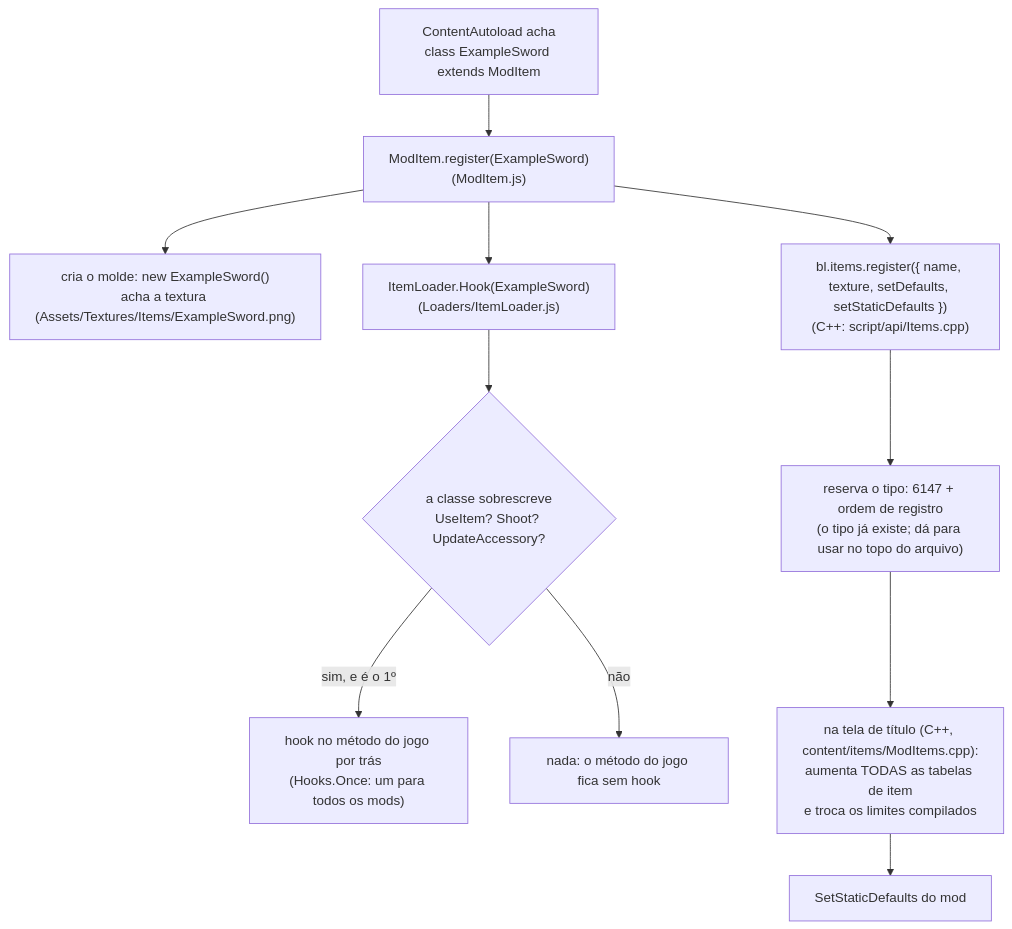
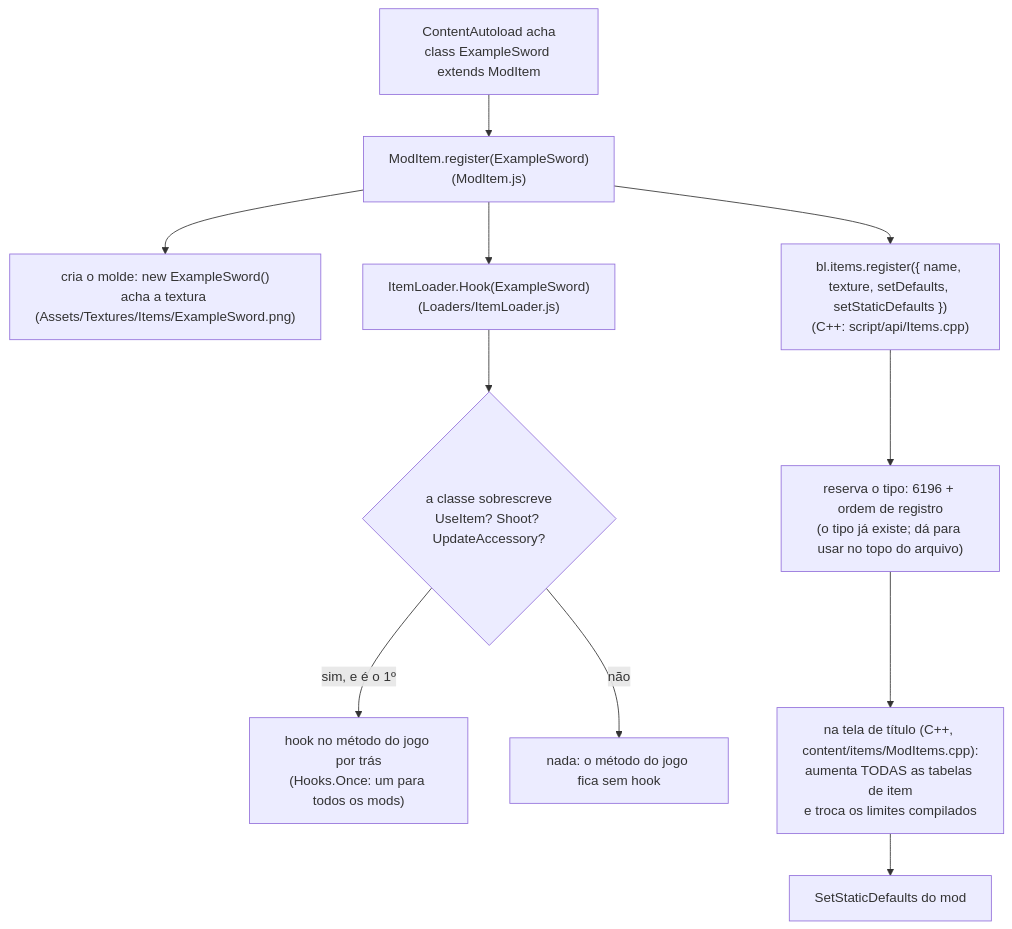
One commit to JonataOliveiraa/Bunny-Loader changed the fourth of 5 diagrams in docs/mods/00-como-funciona.md. Above: the diagram before and after it, drawn with Mermaid. The commit also changed other lines of this file and 148 other files, not shown here.

````diff
--- a/docs/mods/00-como-funciona.md
+++ b/docs/mods/00-como-funciona.md
@@ -249,13 +249,13 @@
 ```mermaid
 flowchart TB
     A["ContentAutoload acha<br/>class ExampleSword extends ModItem"] --> R["ModItem.register(ExampleSword)<br/>(ModItem.js)"]
     R --> T["cria o molde: new ExampleSword()<br/>acha a textura (Assets/Textures/Items/ExampleSword.png)"]
     R --> N["bl.items.register({ name, texture, setDefaults, setStaticDefaults })<br/>(C++: script/api/Items.cpp)"]
-    N --> ID["reserva o tipo: 6147 + ordem de registro<br/>(o tipo já existe; dá para usar no topo do arquivo)"]
+    N --> ID["reserva o tipo: 6196 + ordem de registro<br/>(o tipo já existe; dá para usar no topo do arquivo)"]
     R --> H["ItemLoader.Hook(ExampleSword)<br/>(Loaders/ItemLoader.js)"]
     H --> Q{"a classe sobrescreve<br/>UseItem? Shoot? UpdateAccessory?"}
     Q -- "sim, e é o 1º" --> HK["hook no método do jogo por trás<br/>(Hooks.Once: um para todos os mods)"]
     Q -- "não" --> X["nada: o método do jogo fica sem hook"]
     ID --> I["na tela de título (C++, content/items/ModItems.cpp):<br/>aumenta TODAS as tabelas de item<br/>e troca os limites compilados"]
     I --> S["SetStaticDefaults do mod"]
 ```
````
